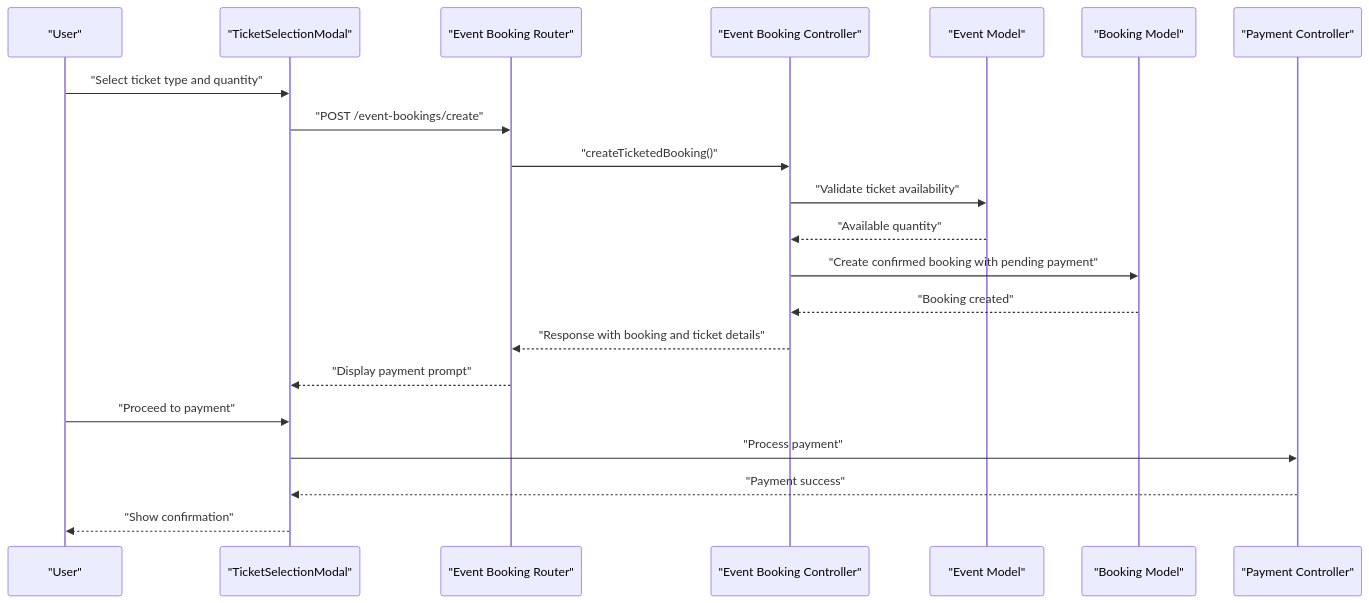
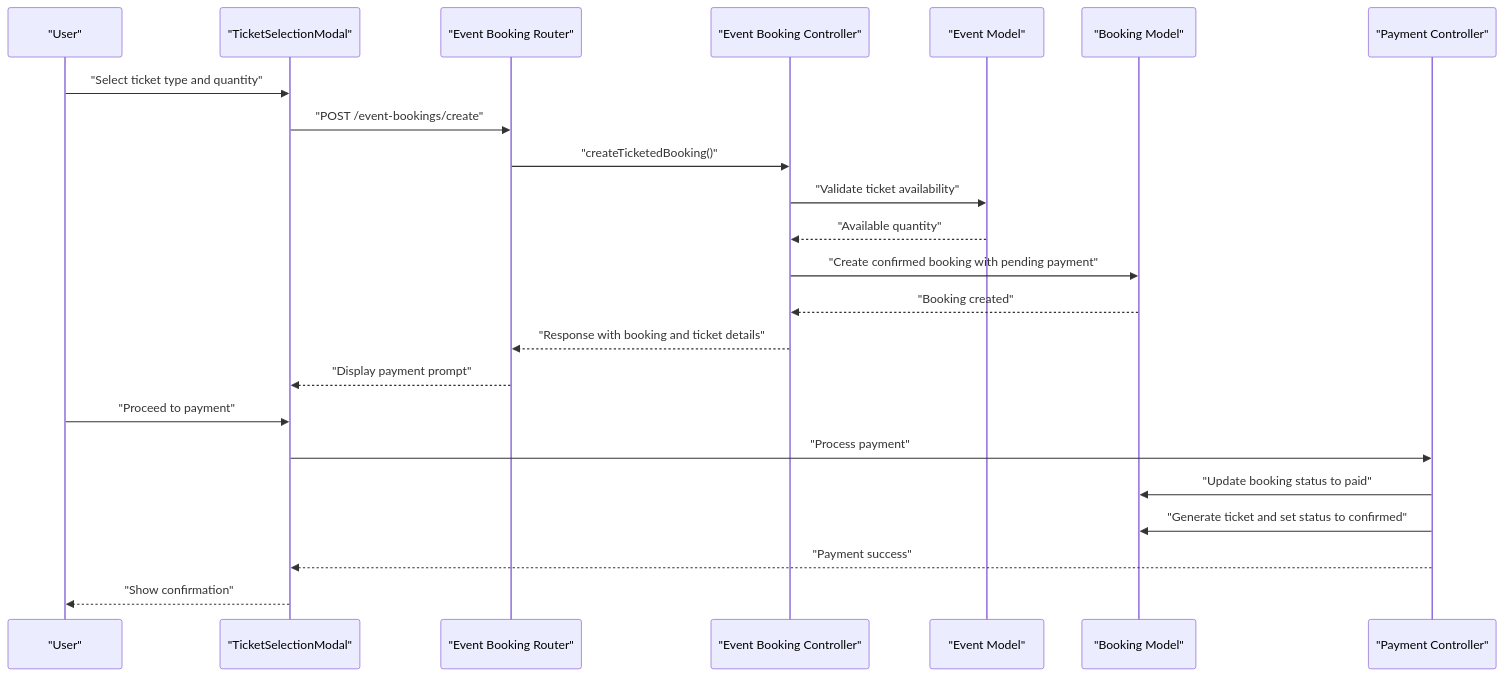
One commit to meghanamallela69-tech/event changed the sixth of 11 diagrams in .qoder/repowiki/en/content/Booking and Payment System/Booking and Payment System.md. Above: the diagram before and after it, drawn with Mermaid. The commit also changed other lines of this file and 63 other files, not shown here.

````diff
--- a/.qoder/repowiki/en/content/Booking and Payment System/Booking and Payment System.md
+++ b/.qoder/repowiki/en/content/Booking and Payment System/Booking and Payment System.md
@@ -258,23 +305,25 @@
 ```mermaid
 sequenceDiagram
 participant User as "User"
 participant Modal as "TicketSelectionModal"
 participant Router as "Event Booking Router"
 participant Controller as "Event Booking Controller"
 participant Event as "Event Model"
 participant Booking as "Booking Model"
 participant Payment as "Payment Controller"
 User->>Modal : "Select ticket type and quantity"
 Modal->>Router : "POST /event-bookings/create"
 Router->>Controller : "createTicketedBooking()"
 Controller->>Event : "Validate ticket availability"
 Event-->>Controller : "Available quantity"
 Controller->>Booking : "Create confirmed booking with pending payment"
 Booking-->>Controller : "Booking created"
 Controller-->>Router : "Response with booking and ticket details"
 Router-->>Modal : "Display payment prompt"
 User->>Modal : "Proceed to payment"
 Modal->>Payment : "Process payment"
+Payment->>Booking : "Update booking status to paid"
+Payment->>Booking : "Generate ticket and set status to confirmed"
 Payment-->>Modal : "Payment success"
 Modal-->>User : "Show confirmation"
 ```
````
